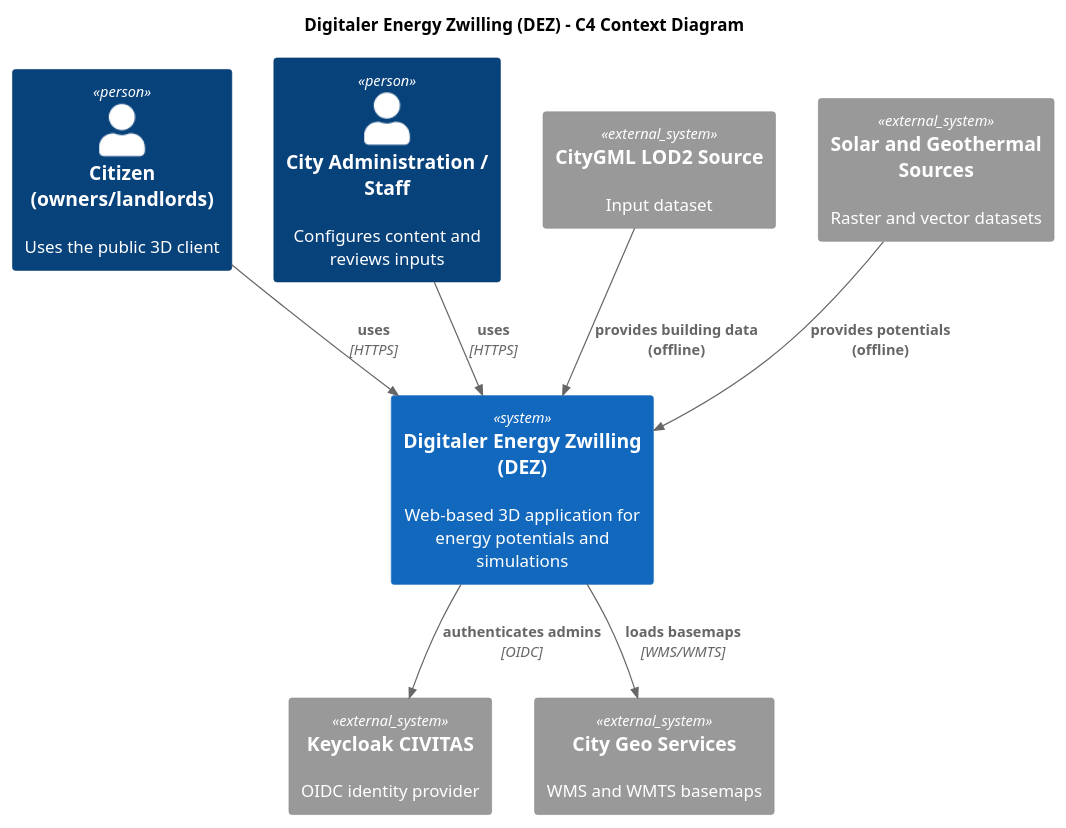
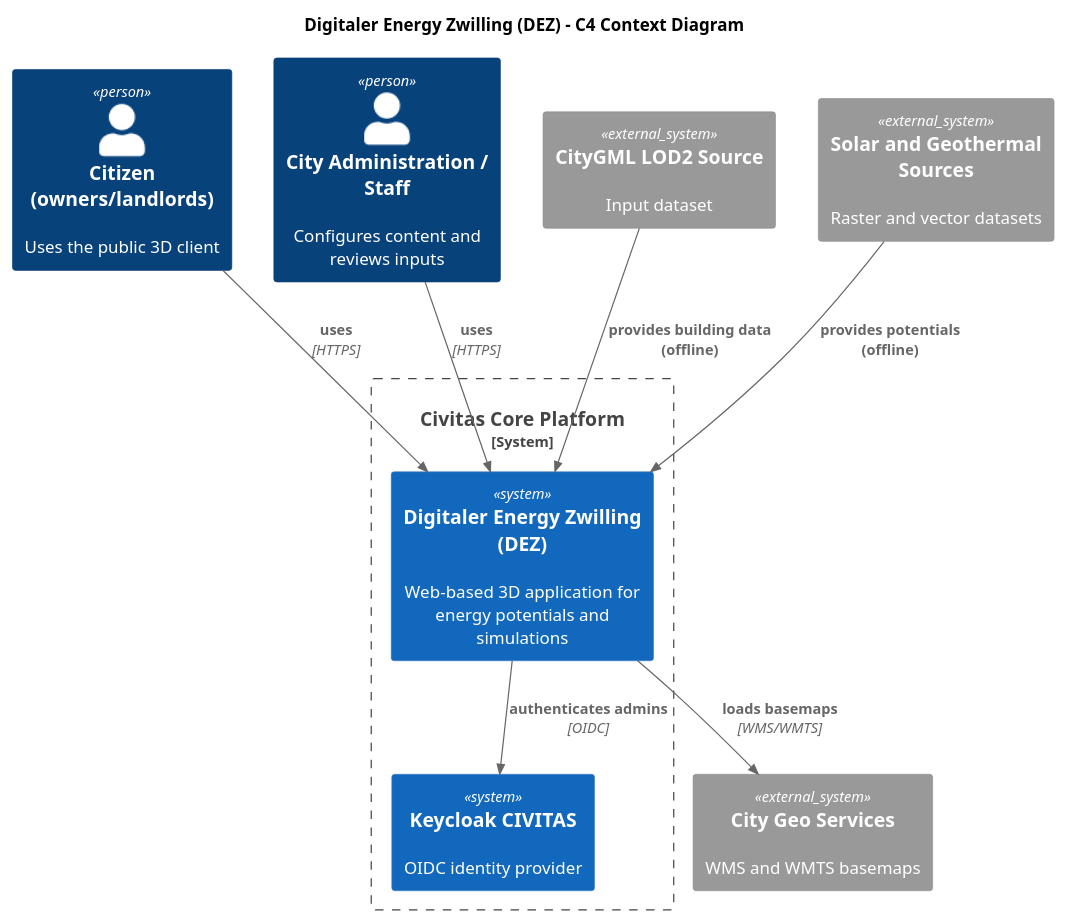
The diagram in docs/architecture/raw/c4-context.puml (csi-FOXBYTE/Regensburg_DigitalerEnergieZwilling_Backend), drawn with PlantUML before and after one commit. The commit also changed 25 other files, not shown here.

```diff
--- a/docs/architecture/raw/c4-context.puml
+++ b/docs/architecture/raw/c4-context.puml
@@ -1,23 +1,25 @@
 @startuml
 !includeurl https://raw.githubusercontent.com/plantuml-stdlib/C4-PlantUML/master/C4_Context.puml
 
 title Digitaler Energy Zwilling (DEZ) - C4 Context Diagram
 
 Person(citizen, "Citizen (owners/landlords)", "Uses the public 3D client")
 Person(admin, "City Administration / Staff", "Configures content and reviews inputs")
 
-System(det, "Digitaler Energy Zwilling (DEZ)", "Web-based 3D application for energy potentials and simulations")
+System_Boundary(civitas, "Civitas Core Platform") {
+  System(det, "Digitaler Energy Zwilling (DEZ)", "Web-based 3D application for energy potentials and simulations")
+  System(idp, "Keycloak CIVITAS", "OIDC identity provider")
+}
 
-System_Ext(idp, "Keycloak CIVITAS", "OIDC identity provider")
 System_Ext(geo, "City Geo Services", "WMS and WMTS basemaps")
 System_Ext(citygml, "CityGML LOD2 Source", "Input dataset")
 System_Ext(potentials, "Solar and Geothermal Sources", "Raster and vector datasets")
 
 Rel(citizen, det, "uses", "HTTPS")
 Rel(admin, det, "uses", "HTTPS")
 Rel(det, idp, "authenticates admins", "OIDC")
 Rel(det, geo, "loads basemaps", "WMS/WMTS")
 Rel(citygml, det, "provides building data (offline)")
 Rel(potentials, det, "provides potentials (offline)")
 
 @enduml
```
